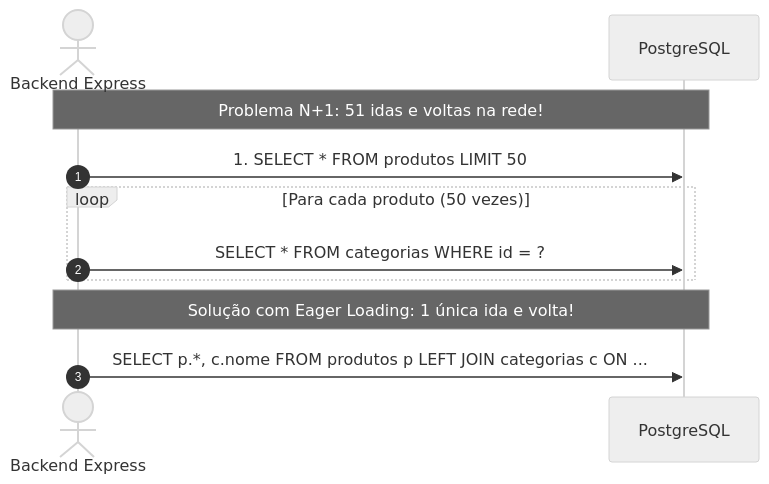
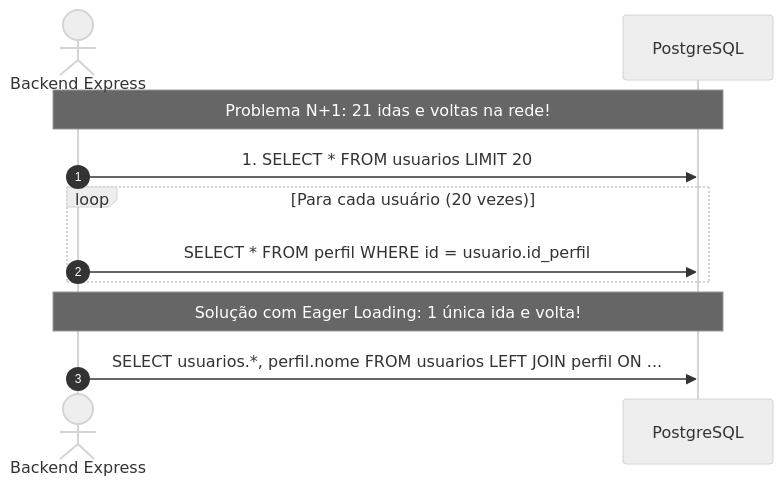
One commit to angelolustosa/plantei-api changed the first of 4 diagrams in src/__tests__/scripts/modulo-04/modulo4-disciplina3-video-otimizacao-performance-simplificado-10min.md. Above: the diagram before and after it, drawn with Mermaid (neutral theme). The commit also changed other lines of this file and 7 other files, not shown here.

````diff
--- a/src/__tests__/scripts/modulo-04/modulo4-disciplina3-video-otimizacao-performance-simplificado-10min.md
+++ b/src/__tests__/scripts/modulo-04/modulo4-disciplina3-video-otimizacao-performance-simplificado-10min.md
@@ -46,13 +46,13 @@
 ```mermaid
 sequenceDiagram
     autonumber
     actor API as Backend Express
     participant DB as PostgreSQL
-    Note over API,DB: Problema N+1: 51 idas e voltas na rede!
-    API->>DB: 1. SELECT * FROM produtos LIMIT 50;
-    loop Para cada produto (50 vezes)
-        API->>DB: SELECT * FROM categorias WHERE id = ?;
+    Note over API,DB: Problema N+1: 21 idas e voltas na rede!
+    API->>DB: 1. SELECT * FROM usuarios LIMIT 20;
+    loop Para cada usuário (20 vezes)
+        API->>DB: SELECT * FROM perfil WHERE id = usuario.id_perfil;
     end
     Note over API,DB: Solução com Eager Loading: 1 única ida e volta!
-    API->>DB: SELECT p.*, c.nome FROM produtos p LEFT JOIN categorias c ON ...;
+    API->>DB: SELECT usuarios.*, perfil.nome FROM usuarios LEFT JOIN perfil ON ...;
 ```
````
